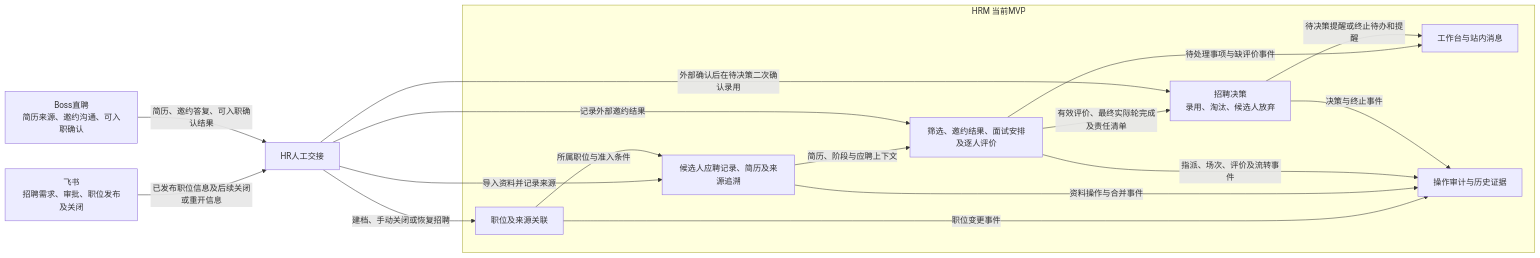
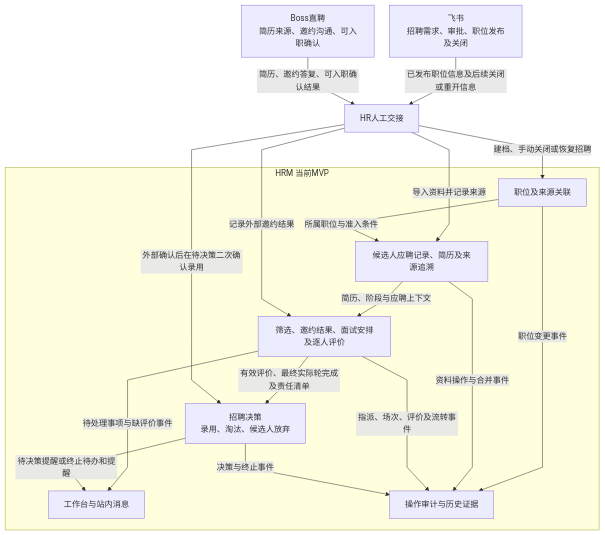
The second of 2 diagrams in docs/product/产品总览.md (leidaibo-lab/pm-hrm), drawn with Mermaid before and after one commit. The commit also changed other lines of this file and 32 other files, not shown here.

Commit message:
docs(product): 收口招聘MVP需求并整合文档与图示

````diff
--- a/docs/product/产品总览.md
+++ b/docs/product/产品总览.md
@@ -104,29 +96,30 @@
 ```mermaid
-flowchart LR
+%%{init: {"flowchart":{"curve":"linear","nodeSpacing":30,"rankSpacing":45,"diagramPadding":16,"wrappingWidth":200},"sequence":{"mirrorActors":false,"actorMargin":45,"messageMargin":30,"noteMargin":12,"wrap":false},"er":{"diagramPadding":16,"minEntityWidth":130,"minEntityHeight":45}}}%%
+flowchart TB
     Feishu["飞书<br/>招聘需求、审批、职位发布及关闭"]
     Boss["Boss直聘<br/>简历来源、邀约沟通、可入职确认"]
     HR["HR人工交接"]
     subgraph HRM["HRM 当前MVP"]
         Job["职位及来源关联"]
         Candidate["候选人应聘记录、简历及来源追溯"]
         Collaboration["筛选、邀约结果、面试安排及逐人评价"]
         Decision["招聘决策<br/>录用、淘汰、候选人放弃"]
         Work["工作台与站内消息"]
         Audit["操作审计与历史证据"]
     end
     Feishu -->|已发布职位信息及后续关闭或重开信息| HR
     Boss -->|简历、邀约答复、可入职确认结果| HR
     HR -->|建档、手动关闭或恢复招聘| Job
     HR -->|导入资料并记录来源| Candidate
     Job -->|所属职位与准入条件| Candidate
     Candidate -->|简历、阶段与应聘上下文| Collaboration
     HR -->|记录外部邀约结果| Collaboration
     Collaboration -->|有效评价、最终实际轮完成及责任清单| Decision
     HR -->|外部确认后在待决策二次确认录用| Decision
     Collaboration -->|待处理事项与缺评价事件| Work
     Decision -->|待决策提醒或终止待办和提醒| Work
     Job -->|职位变更事件| Audit
     Candidate -->|资料操作与合并事件| Audit
     Collaboration -->|指派、场次、评价及流转事件| Audit
     Decision -->|决策与终止事件| Audit
 ```
````
